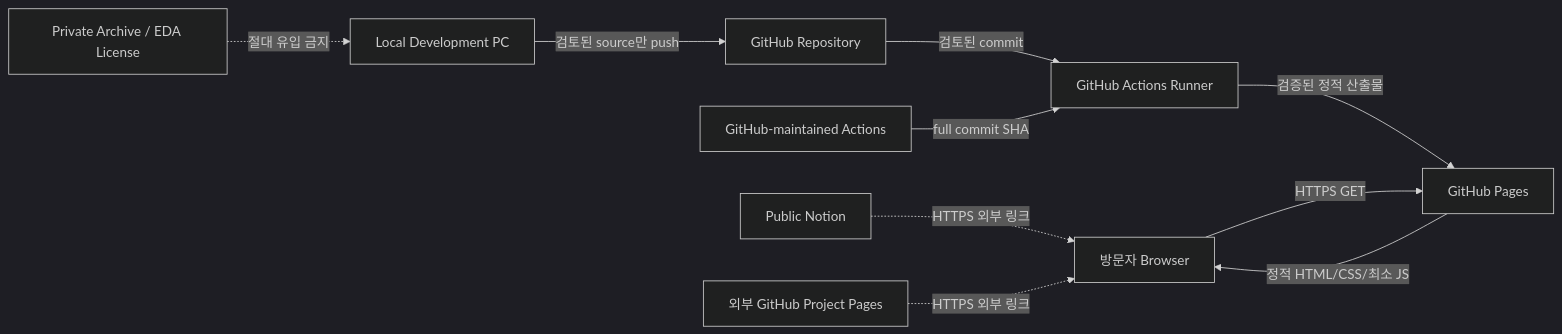
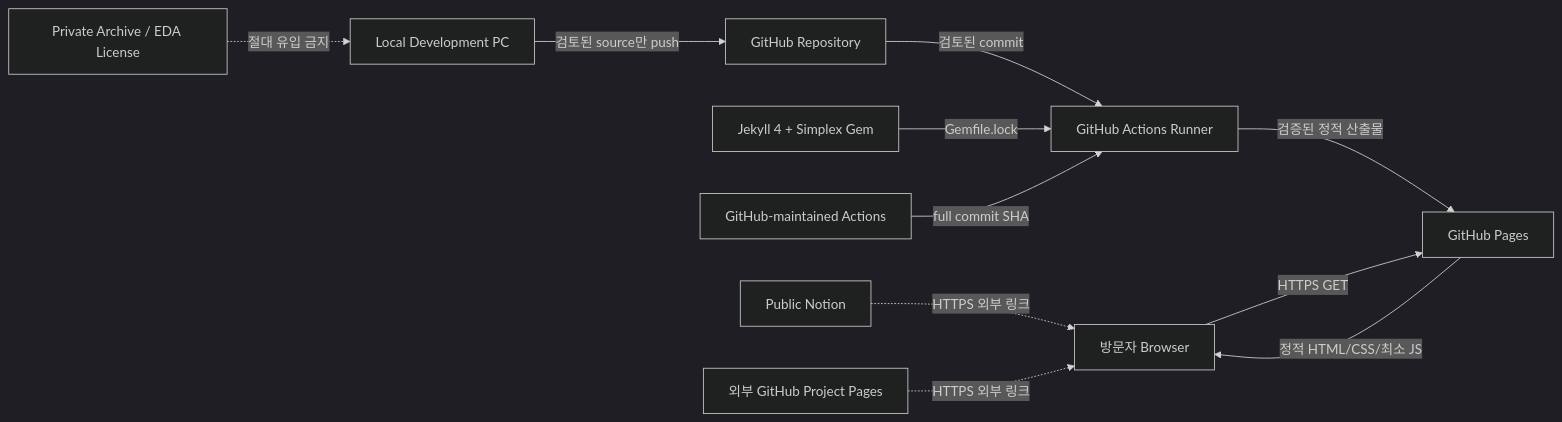
One commit to Dororok9061/dororok9061.github.io changed the diagram in docs/security/SECURITY_ARCHITECTURE.md. Above: the diagram before and after it, drawn with Mermaid (dark theme). The commit also changed other lines of this file and 124 other files, not shown here.

Commit message:
feat: rebuild portfolio with Simplex Jekyll

````diff
--- a/docs/security/SECURITY_ARCHITECTURE.md
+++ b/docs/security/SECURITY_ARCHITECTURE.md
@@ -15,12 +15,13 @@
 ```mermaid
 flowchart LR
   V["방문자 Browser"] -->|"HTTPS GET"| P["GitHub Pages"]
   P -->|"정적 HTML/CSS/최소 JS"| V
   R["GitHub Repository"] -->|"검토된 commit"| A["GitHub Actions Runner"]
+  J["Jekyll 4 + Simplex Gem"] -->|"Gemfile.lock"| A
   A -->|"검증된 정적 산출물"| P
   D["GitHub-maintained Actions"] -->|"full commit SHA"| A
   N["Public Notion"] -. "HTTPS 외부 링크" .-> V
   G["외부 GitHub Project Pages"] -. "HTTPS 외부 링크" .-> V
   L["Local Development PC"] -->|"검토된 source만 push"| R
   Q["Private Archive / EDA License"] -. "절대 유입 금지" .-> L
 ```
````
